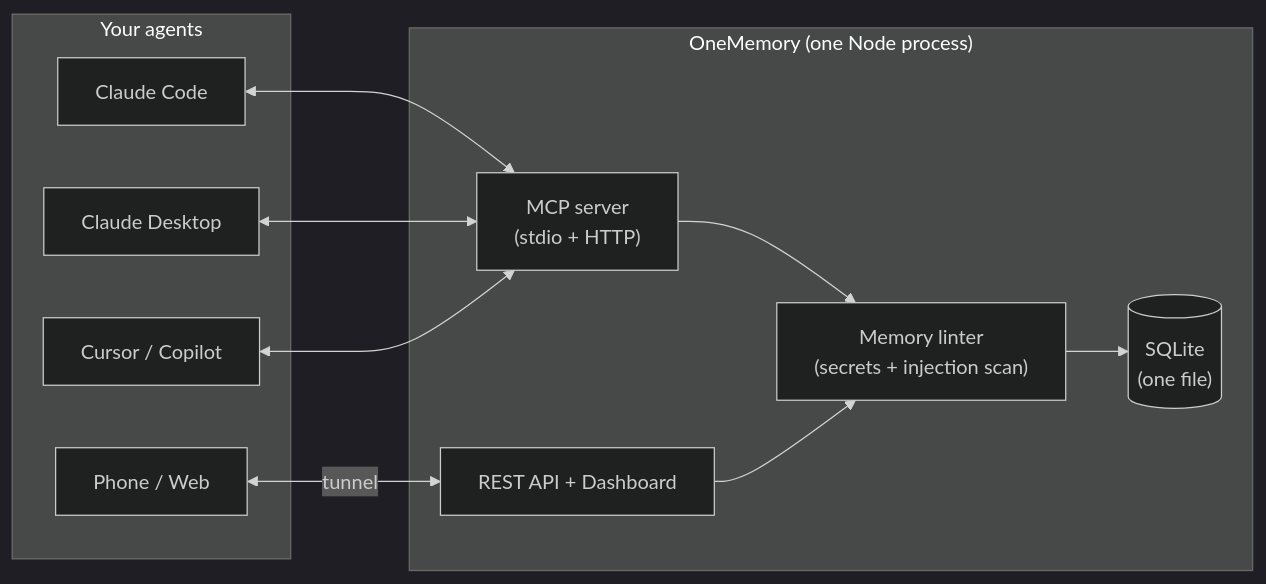
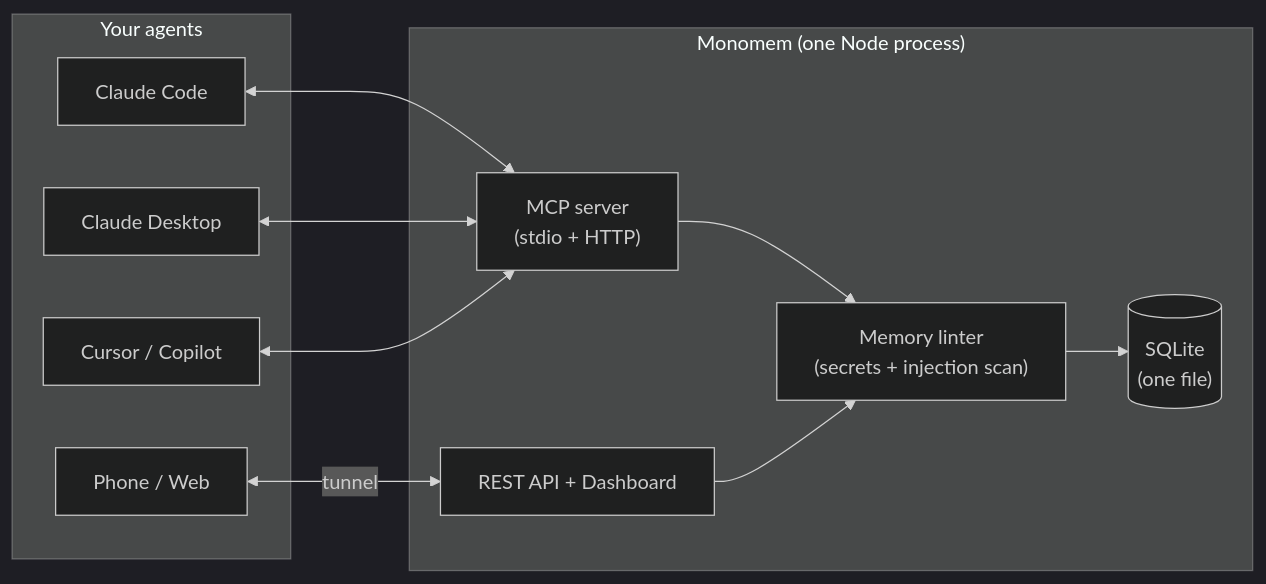
One commit to calasdan-sketch/Monomem changed the diagram in README.md. Above: the diagram before and after it, drawn with Mermaid (dark theme). The commit also changed other lines of this file and 179 other files, not shown here.

````diff
--- a/README.md
+++ b/README.md
@@ -288,21 +288,21 @@
 ```mermaid
 flowchart LR
     subgraph Agents["Your agents"]
         CC["Claude Code"]
         CD["Claude Desktop"]
         PH["Phone / Web"]
         CU["Cursor / Copilot"]
     end
-    subgraph OM["OneMemory (one Node process)"]
+    subgraph OM["Monomem (one Node process)"]
         MCP["MCP server\n(stdio + HTTP)"]
         REST["REST API + Dashboard"]
         LINT["Memory linter\n(secrets + injection scan)"]
         DB[("SQLite\n(one file)")]
     end
     CC <--> MCP
     CD <--> MCP
     CU <--> MCP
     PH <-->|tunnel| REST
     MCP --> LINT --> DB
     REST --> LINT
 ```
````
